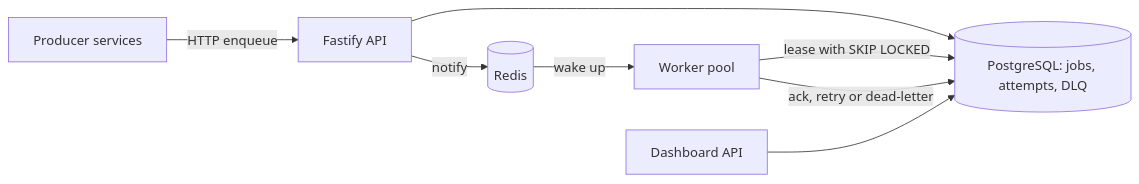
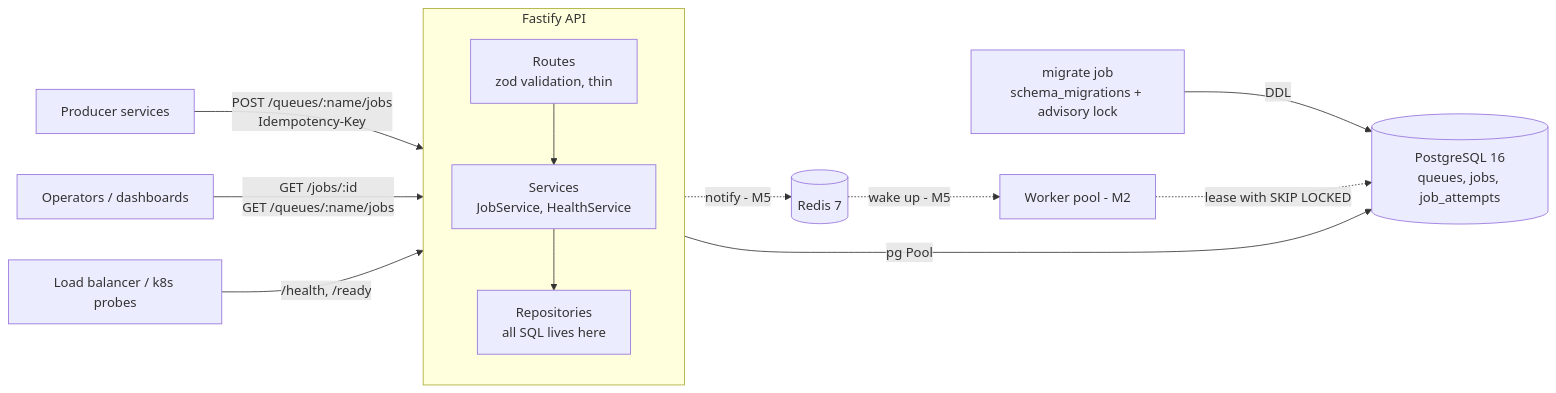
Before and after one commit to smraddhi18/pulsequeue: the first of 3 diagrams in README.md, drawn with Mermaid. The commit also changed other lines of this file and 6 other files, not shown here.

````diff
--- a/README.md
+++ b/README.md
@@ -7,10 +9,19 @@
 ```mermaid
 flowchart LR
-    P[Producer services] -->|HTTP enqueue| API[Fastify API]
-    API --> PG[(PostgreSQL: jobs, attempts, DLQ)]
-    API -->|notify| R[(Redis)]
-    R -->|wake up| W[Worker pool]
-    W -->|lease with SKIP LOCKED| PG
-    W -->|ack, retry or dead-letter| PG
-    D[Dashboard API] --> PG
+    P[Producer services] -->|"POST /queues/:name/jobs<br/>Idempotency-Key"| API
+    O[Operators / dashboards] -->|"GET /jobs/:id<br/>GET /queues/:name/jobs"| API
+    LB[Load balancer / k8s probes] -->|"/health, /ready"| API
+
+    subgraph API[Fastify API]
+        direction TB
+        RT[Routes<br/>zod validation, thin] --> SV[Services<br/>JobService, HealthService]
+        SV --> RP[Repositories<br/>all SQL lives here]
+    end
+
+    RP -->|pg Pool| PG[(PostgreSQL 16<br/>queues, jobs, job_attempts)]
+    MG[migrate job<br/>schema_migrations + advisory lock] -->|DDL| PG
+
+    W[Worker pool - M2] -.->|lease with SKIP LOCKED| PG
+    API -.->|notify - M5| R[(Redis 7)]
+    R -.->|wake up - M5| W
 ```
````
